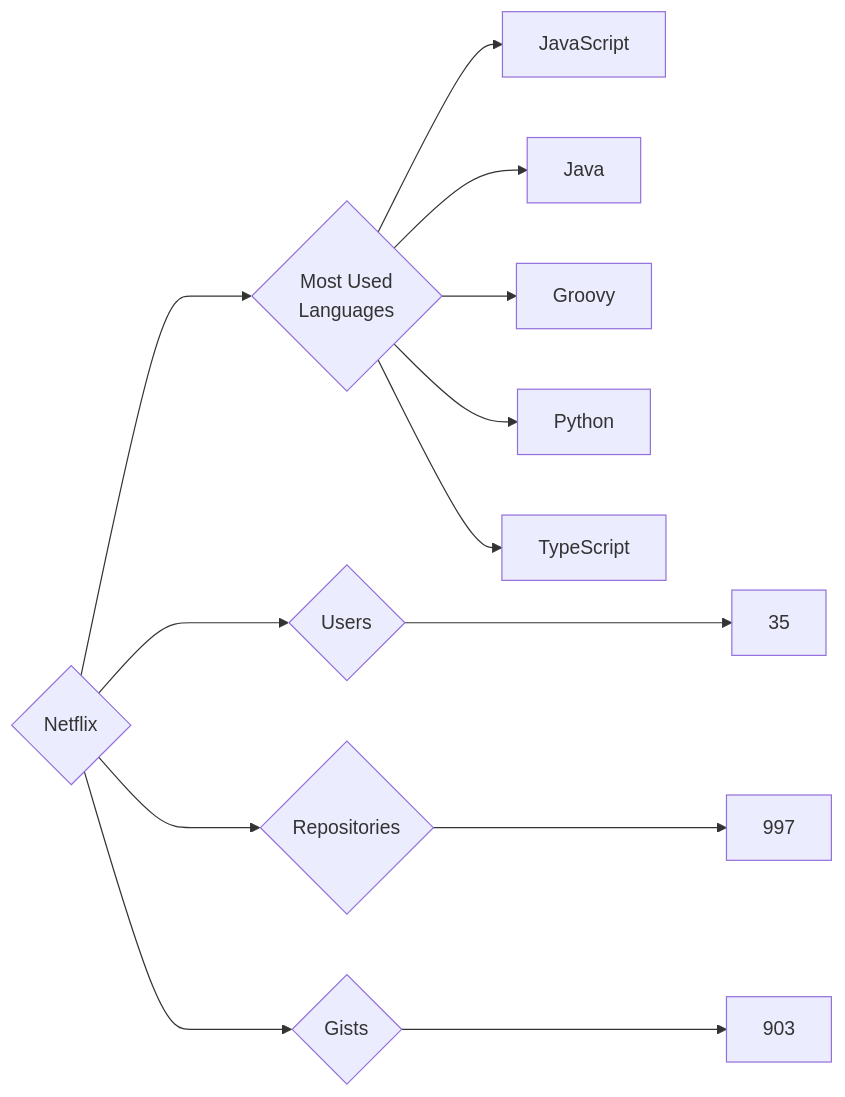
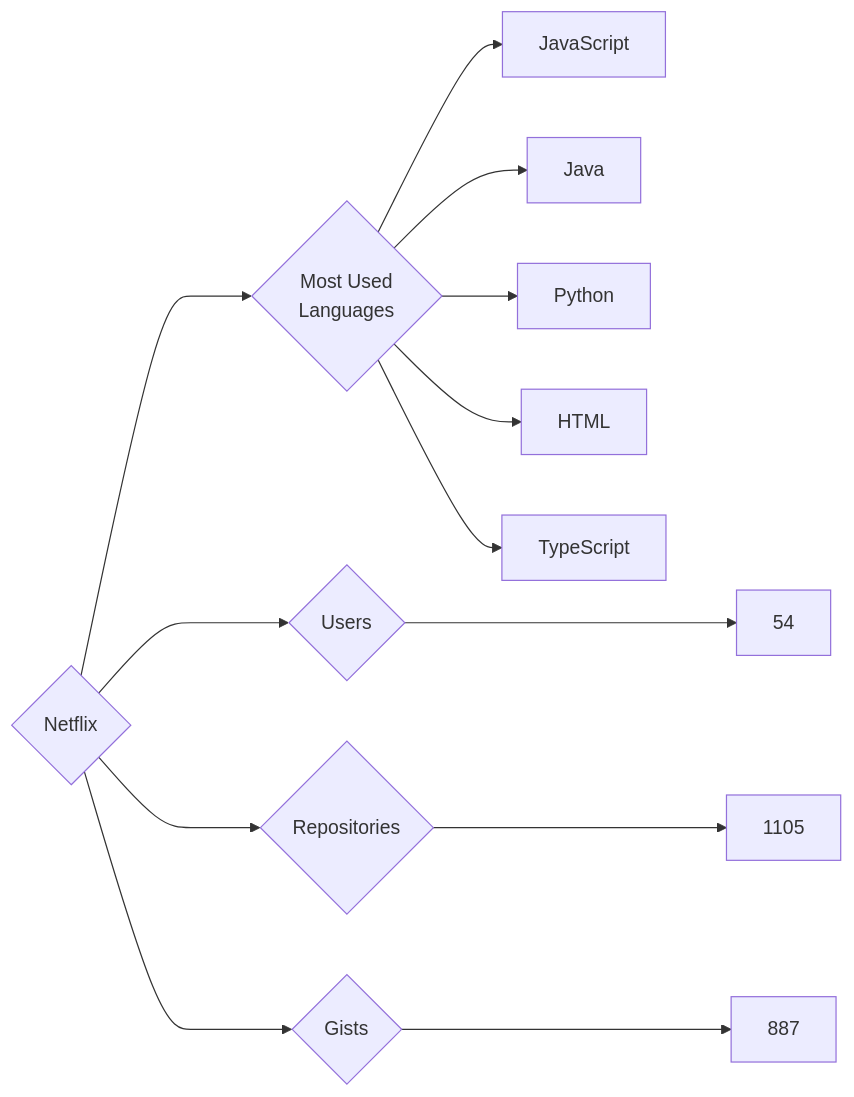
One commit to trickest/insiders changed the diagram in targets/Netflix/README.md. Above: the diagram before and after it, drawn with Mermaid. The commit also changed 839 other files, not shown here.

````diff
--- a/targets/Netflix/README.md
+++ b/targets/Netflix/README.md
@@ -3,13 +3,13 @@
 ```mermaid
 graph LR
 COMPANY_NAME{Netflix}
-COMPANY_NAME ---> U{Users} ---> UN[35]
-COMPANY_NAME ---> R{Repositories} ---> RN[997]
-COMPANY_NAME ---> G{Gists} ---> GN[903]
+COMPANY_NAME ---> U{Users} ---> UN[54]
+COMPANY_NAME ---> R{Repositories} ---> RN[1105]
+COMPANY_NAME ---> G{Gists} ---> GN[887]
 COMPANY_NAME ---> ML{Most Used<br>Languages}
 ML --> JavaScript[JavaScript]
 ML --> Java[Java]
-ML --> Groovy[Groovy]
 ML --> Python[Python]
+ML --> HTML[HTML]
 ML --> TypeScript[TypeScript]
 ```
````
